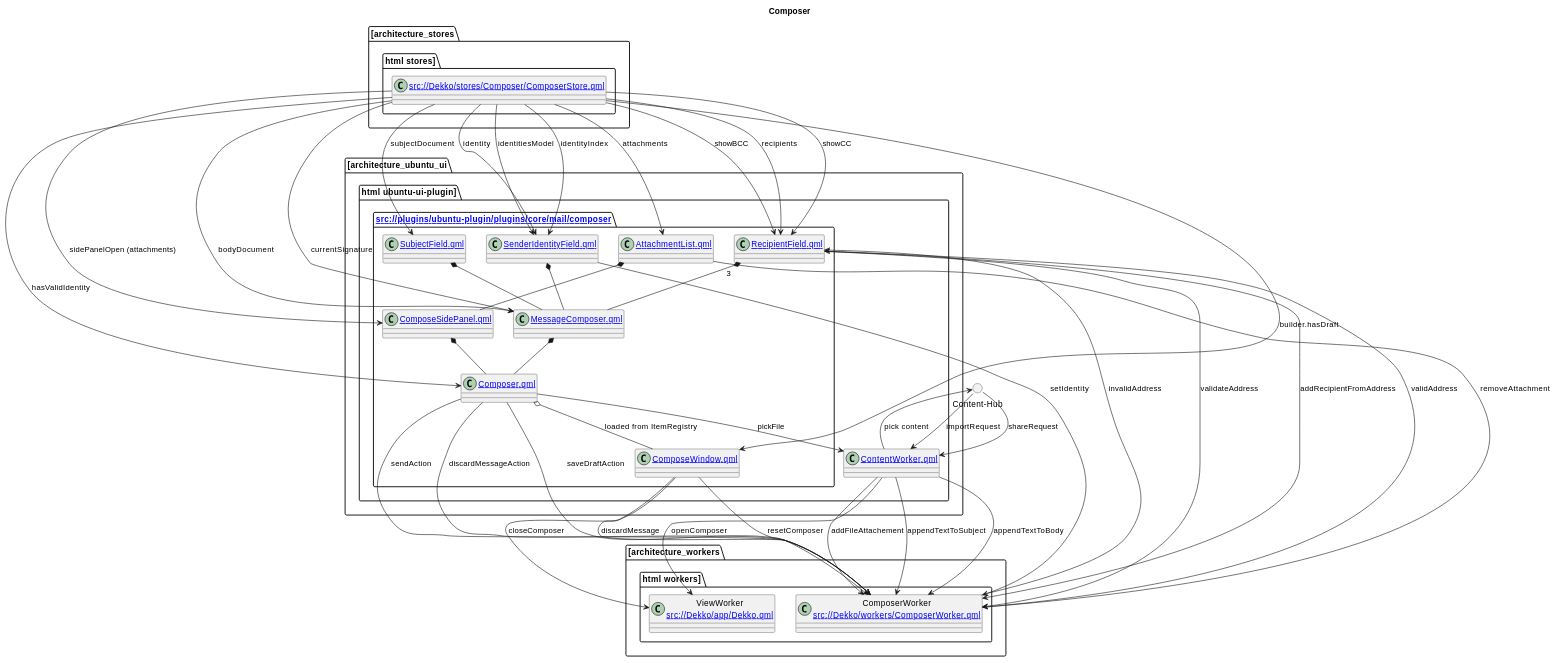
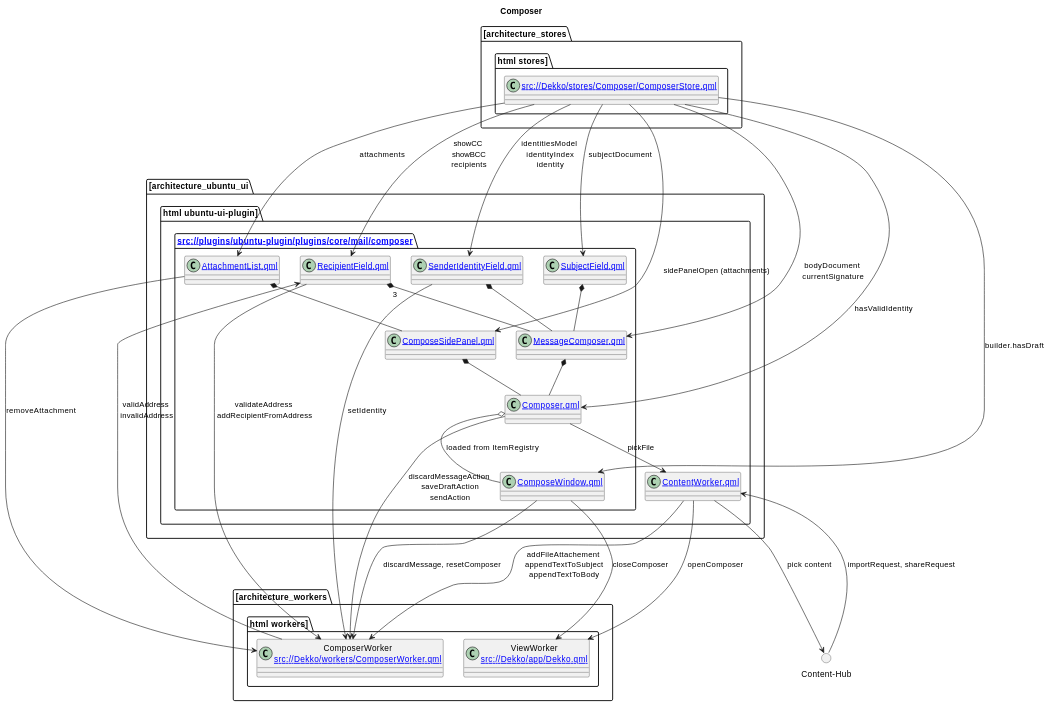
One commit to sageteadev/sagetea-mail changed the diagram in docs/arch_composer.md. Above: the diagram before and after it, drawn with PlantUML. The commit also changed 8 other files, not shown here.

```diff
--- a/docs/arch_composer.md
+++ b/docs/arch_composer.md
@@ -52,18 +52,13 @@
 }
 
 composerstore --> composer : hasValidIdentity
-composerstore --> messagecomposer : bodyDocument
-composerstore --> messagecomposer : currentSignature
+composerstore --> messagecomposer : bodyDocument\n currentSignature
 composerstore --> composesidepanel : sidePanelOpen (attachments)
 composerstore --> composewindow : builder.hasDraft
 composerstore --> attachmentlist : attachments
 composerstore --> subjectfield : subjectDocument
-composerstore --> senderidentityfield : identitiesModel
-composerstore --> senderidentityfield : identityIndex
-composerstore --> senderidentityfield : identity
-composerstore --> recipientfield : showCC
-composerstore --> recipientfield : showBCC
-composerstore --> recipientfield : recipients
+composerstore --> senderidentityfield : identitiesModel\n identityIndex\n identity
+composerstore --> recipientfield : showCC\n showBCC\n recipients
 
 
 package "[[architecture_workers.html workers]]" {
@@ -74,28 +69,20 @@
     }
 }
 
-composer --> composerworker : discardMessageAction
-composer --> composerworker : saveDraftAction
-composer --> composerworker : sendAction
-composewindow --> composerworker : discardMessage
-composewindow --> composerworker : resetComposer
+composer --> composerworker : discardMessageAction\n saveDraftAction\n sendAction
+composewindow --> composerworker : discardMessage, resetComposer
 composewindow --> viewworker : closeComposer
 attachmentlist --> composerworker : removeAttachment
 senderidentityfield --> composerworker : setIdentity
-recipientfield --> composerworker : validateAddress
-recipientfield --> composerworker : addRecipientFromAddress
-composerworker --> recipientfield : validAddress
-composerworker --> recipientfield : invalidAddress
+recipientfield --> composerworker : validateAddress\n addRecipientFromAddress
+composerworker --> recipientfield : validAddress\n invalidAddress
 
 () "Content-Hub" as contenthub
 
-contenthub --> contentworker : importRequest
-contenthub --> contentworker : shareRequest
+contenthub --> contentworker : importRequest, shareRequest
 contentworker --> contenthub : pick content
 
-contentworker --> composerworker : addFileAttachement
-contentworker --> composerworker : appendTextToSubject
-contentworker --> composerworker : appendTextToBody
+contentworker --> composerworker : addFileAttachement\n appendTextToSubject\n appendTextToBody
 
 contentworker --> viewworker : openComposer
 
```
